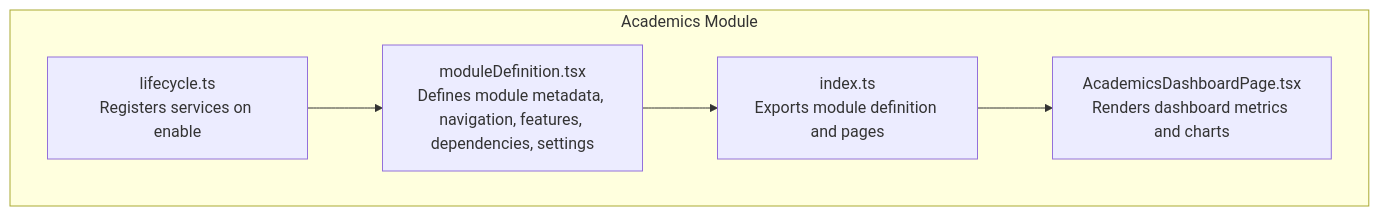
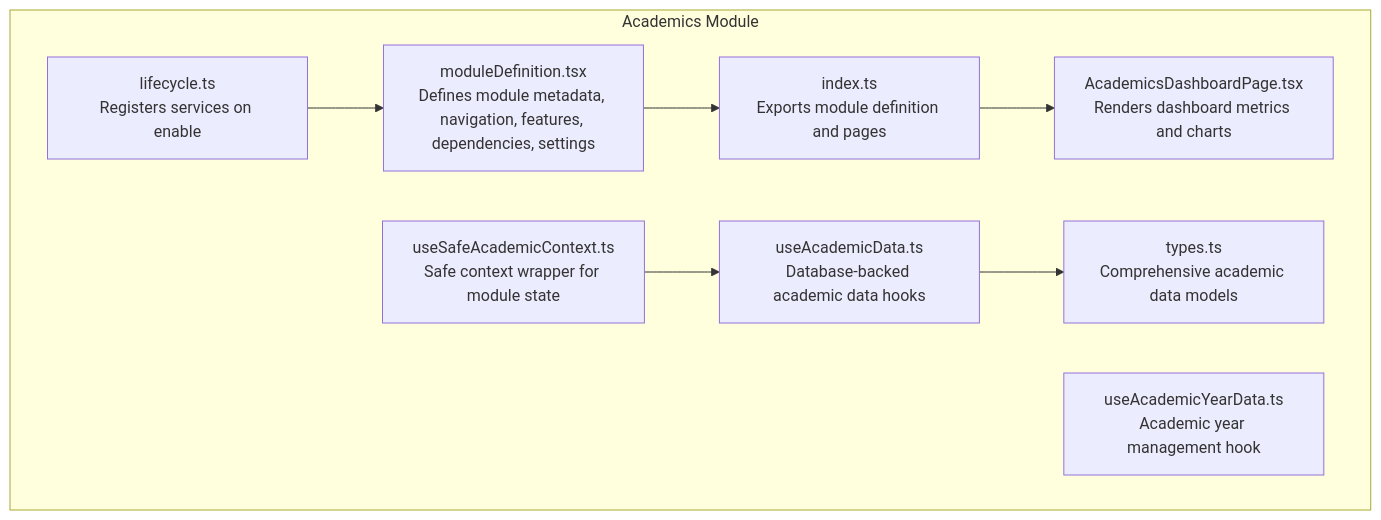
Before and after one commit to geniusdynamics/schoolpilot: the first of 6 diagrams in .qoder/repowiki/en/content/Modules System/Academics Module.md, drawn with Mermaid. The commit also changed other lines of this file and 16 other files, not shown here.

````diff
--- a/.qoder/repowiki/en/content/Modules System/Academics Module.md
+++ b/.qoder/repowiki/en/content/Modules System/Academics Module.md
@@ -31,12 +48,18 @@
 ```mermaid
 graph TB
 subgraph "Academics Module"
 MD["moduleDefinition.tsx<br/>Defines module metadata, navigation, features, dependencies, settings"]
 IDX["index.ts<br/>Exports module definition and pages"]
 LC["lifecycle.ts<br/>Registers services on enable"]
 DP["AcademicsDashboardPage.tsx<br/>Renders dashboard metrics and charts"]
+DATA["useAcademicData.ts<br/>Database-backed academic data hooks"]
+TYPES["types.ts<br/>Comprehensive academic data models"]
+SAFE["useSafeAcademicContext.ts<br/>Safe context wrapper for module state"]
+AY["useAcademicYearData.ts<br/>Academic year management hook"]
 end
 MD --> IDX
 IDX --> DP
 LC --> MD
+DATA --> TYPES
+SAFE --> DATA
 ```
````
